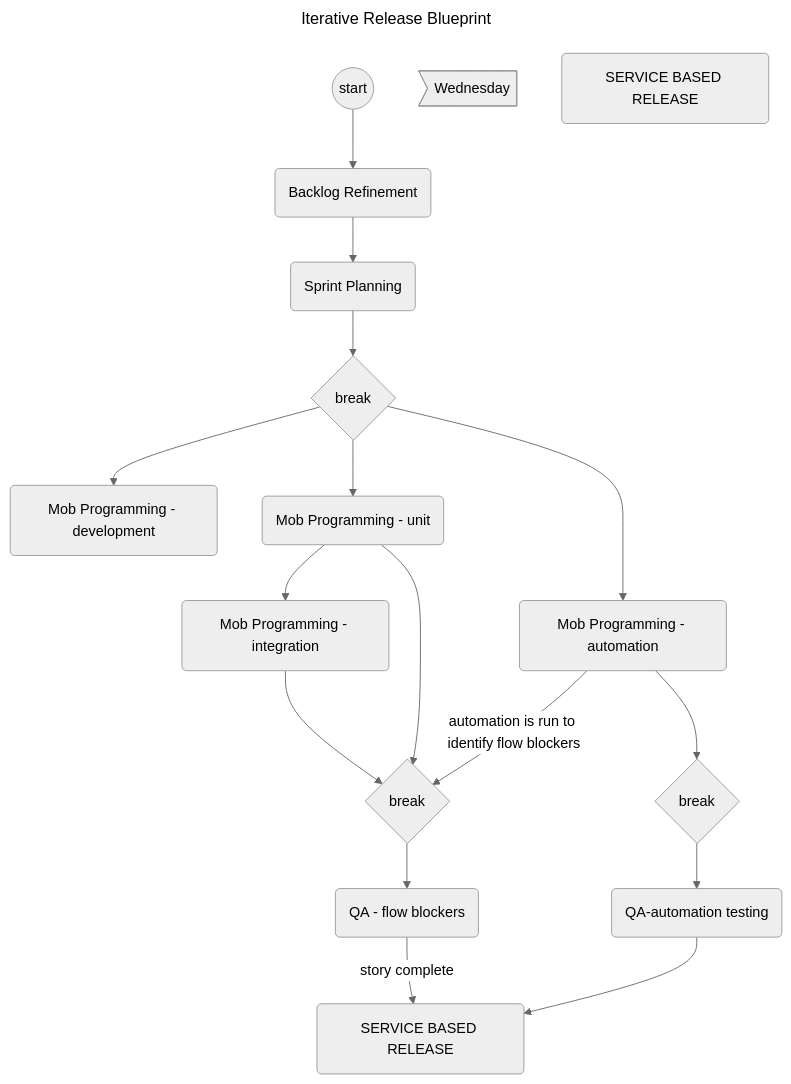
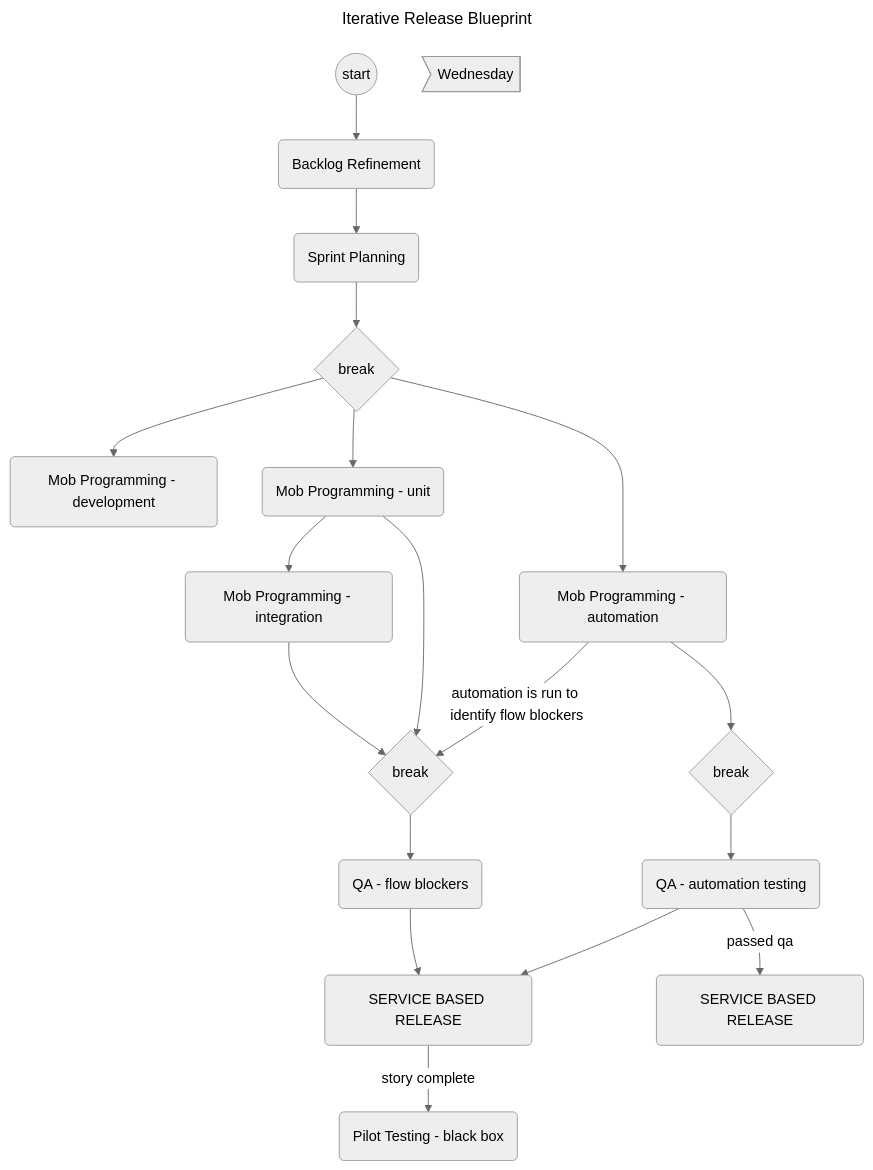
One commit to jessicahirsch/Mermaid-Diagrams changed the diagram in diagrams/diagram3.mmd. Above: the diagram before and after it, drawn with Mermaid (neutral theme).

Commit message:
feat: pilot testing node

```diff
--- a/diagrams/diagram3.mmd
+++ b/diagrams/diagram3.mmd
@@ -1,30 +1,33 @@
 ---
 title: Iterative Release Blueprint
 ---
 
 flowchart TD
 
 id1((start))-->A(Backlog Refinement)
 A(Backlog Refinement)-->B(Sprint Planning)
 
 id2>Wednesday]
 B(Sprint Planning)
 
 B(Sprint Planning)-->id3{break}
 
 id3{break}-->C(Mob Programming - development)
 id3{break}-->D(Mob Programming - unit)-->F(Mob Programming - integration)
 id3{break}-->E(Mob Programming - automation)
 
 D(Mob Programming - unit)-->id4{break}
 E(Mob Programming - automation)-->|automation is run to identify flow blockers|id4{break}
 F(Mob Programming - integration)-->id4{break}
 
 id4{break}-->G(QA - flow blockers)
 
 E(Mob Programming - automation)-->id5{break}-->H(QA - automation testing)
 
 H(QA-automation testing)-->X(SERVICE BASED RELEASE)
-G(QA - flow blockers)-->|story complete|X(SERVICE BASED RELEASE)
+G(QA - flow blockers)-->X(SERVICE BASED RELEASE)
 
+H(QA - automation testing)-->|passed qa|Y(SERVICE BASED RELEASE)
+
+X(SERVICE BASED RELEASE)-->|story complete|K(Pilot Testing - black box)
 Y(SERVICE BASED RELEASE)
```
